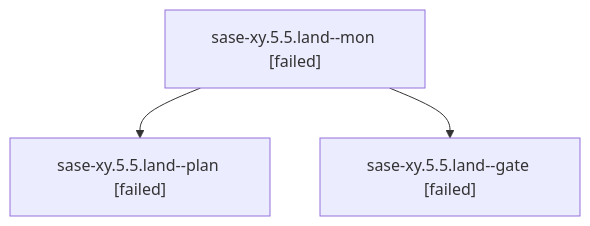
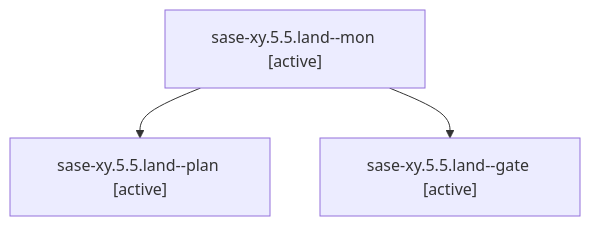
One commit to sase-org/sase--agents changed the diagram in families/bbugyi200.athena.sase-xy.5.5.land.md. Above: the diagram before and after it, drawn with Mermaid. The commit also changed other lines of this file and 35830 other files, not shown here.

````diff
--- a/families/bbugyi200.athena.sase-xy.5.5.land.md
+++ b/families/bbugyi200.athena.sase-xy.5.5.land.md
@@ -9,8 +9,8 @@
 ```mermaid
 flowchart TD
-  n0["sase-xy.5.5.land--mon [failed]"]
-  n1["sase-xy.5.5.land--plan [failed]"]
+  n0["sase-xy.5.5.land--mon [active]"]
+  n1["sase-xy.5.5.land--plan [active]"]
   n0 --> n1
-  n2["sase-xy.5.5.land--gate [failed]"]
+  n2["sase-xy.5.5.land--gate [active]"]
   n0 --> n2
 ```
````
